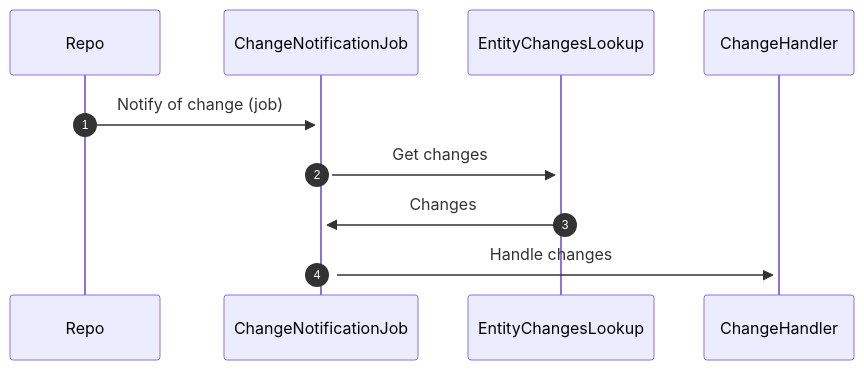
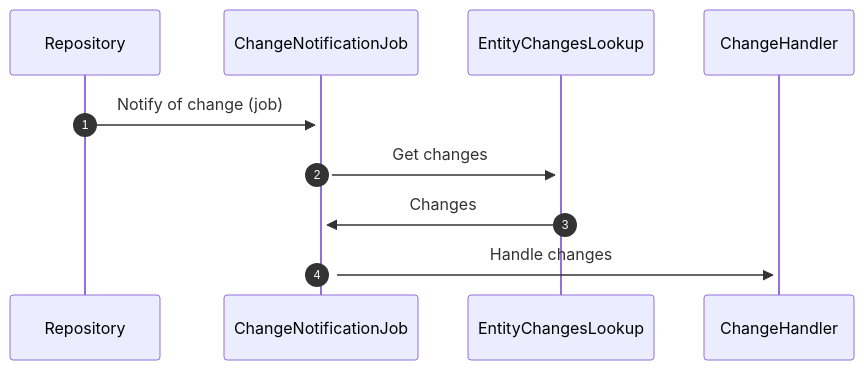
The fourth of 7 diagrams in systems/WikibaseClient/06-Runtime_View.md (wmde/wikidata-wikibase-architecture), drawn with Mermaid before and after one commit. The commit also changed other lines of this file and 16 other files, not shown here.

Commit message:
General cleanup, especially around Repo / Repository

````diff
--- a/systems/WikibaseClient/06-Runtime_View.md
+++ b/systems/WikibaseClient/06-Runtime_View.md
@@ -73,10 +73,10 @@
 ```mermaid
 sequenceDiagram
     autonumber
-    participant Repo
+    participant Repository
     participant ChangeNotificationJob
-    Repo->>+ChangeNotificationJob: Notify of change (job)
+    Repository->>+ChangeNotificationJob: Notify of change (job)
     ChangeNotificationJob->>+EntityChangesLookup: Get changes
     EntityChangesLookup->>+ChangeNotificationJob: Changes
     ChangeNotificationJob->>+ChangeHandler: Handle changes
 ```
````
